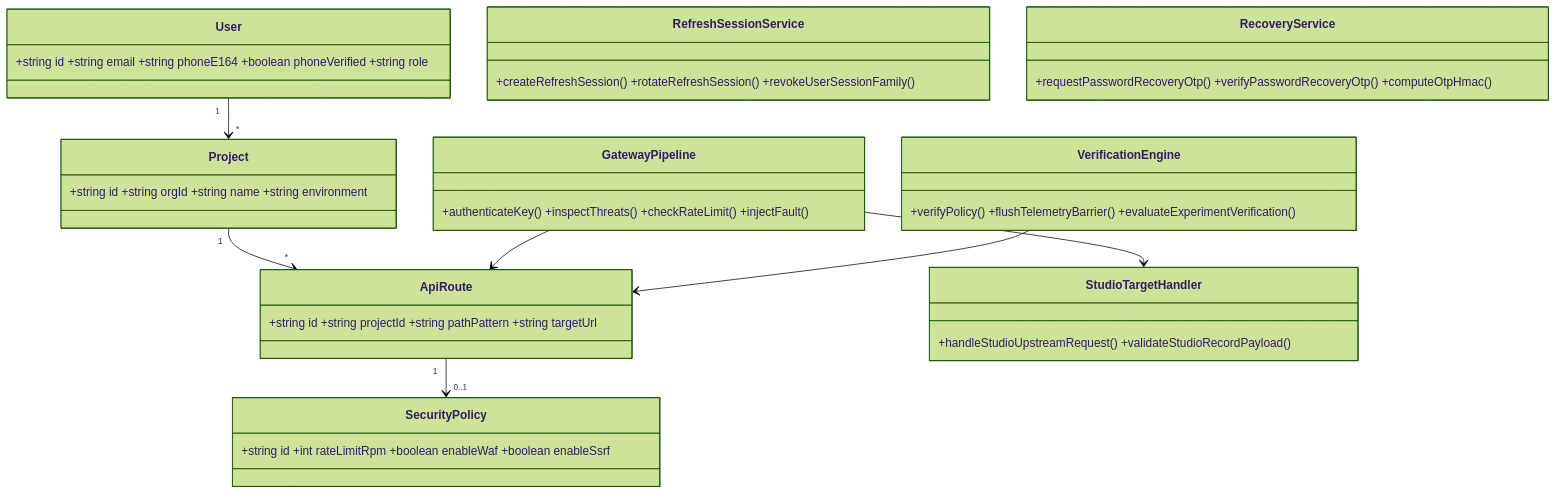
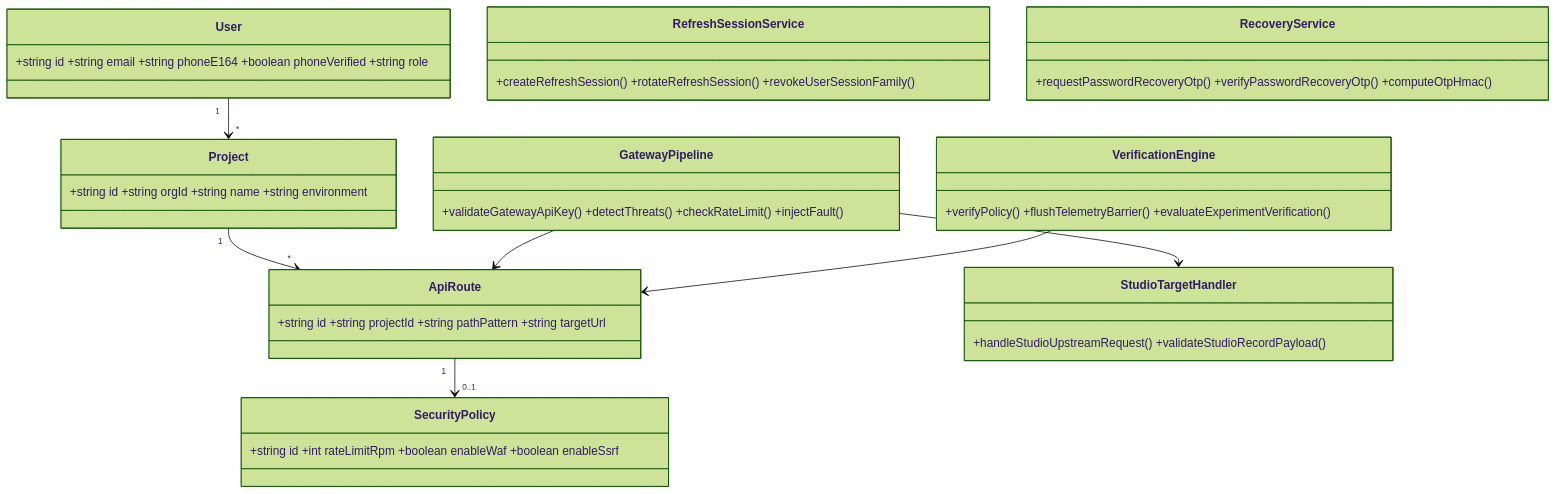
The diagram in docs/reports/diagrams/fig06_class_diagram.mmd (mr-vdnt/FortiX), drawn with Mermaid (forest theme) before and after one commit. The commit also changed 124 other files, not shown here.

First line of the commit message:
feat(learn,auth,docs): add Video Learning Center (FTX-LEARN-001), harden Login/OTP flows, and update 86-page B.Tech IT Project Report

```diff
--- a/docs/reports/diagrams/fig06_class_diagram.mmd
+++ b/docs/reports/diagrams/fig06_class_diagram.mmd
@@ -1,16 +1,16 @@
 classDiagram
   class User { +string id +string email +string phoneE164 +boolean phoneVerified +string role }
   class RefreshSessionService { +createRefreshSession() +rotateRefreshSession() +revokeUserSessionFamily() }
   class RecoveryService { +requestPasswordRecoveryOtp() +verifyPasswordRecoveryOtp() +computeOtpHmac() }
   class Project { +string id +string orgId +string name +string environment }
   class ApiRoute { +string id +string projectId +string pathPattern +string targetUrl }
   class SecurityPolicy { +string id +int rateLimitRpm +boolean enableWaf +boolean enableSsrf }
-  class GatewayPipeline { +authenticateKey() +inspectThreats() +checkRateLimit() +injectFault() }
+  class GatewayPipeline { +validateGatewayApiKey() +detectThreats() +checkRateLimit() +injectFault() }
   class StudioTargetHandler { +handleStudioUpstreamRequest() +validateStudioRecordPayload() }
   class VerificationEngine { +verifyPolicy() +flushTelemetryBarrier() +evaluateExperimentVerification() }
   User "1" --> "*" Project
   Project "1" --> "*" ApiRoute
   ApiRoute "1" --> "0..1" SecurityPolicy
   GatewayPipeline --> ApiRoute
   GatewayPipeline --> StudioTargetHandler
   VerificationEngine --> ApiRoute
```
